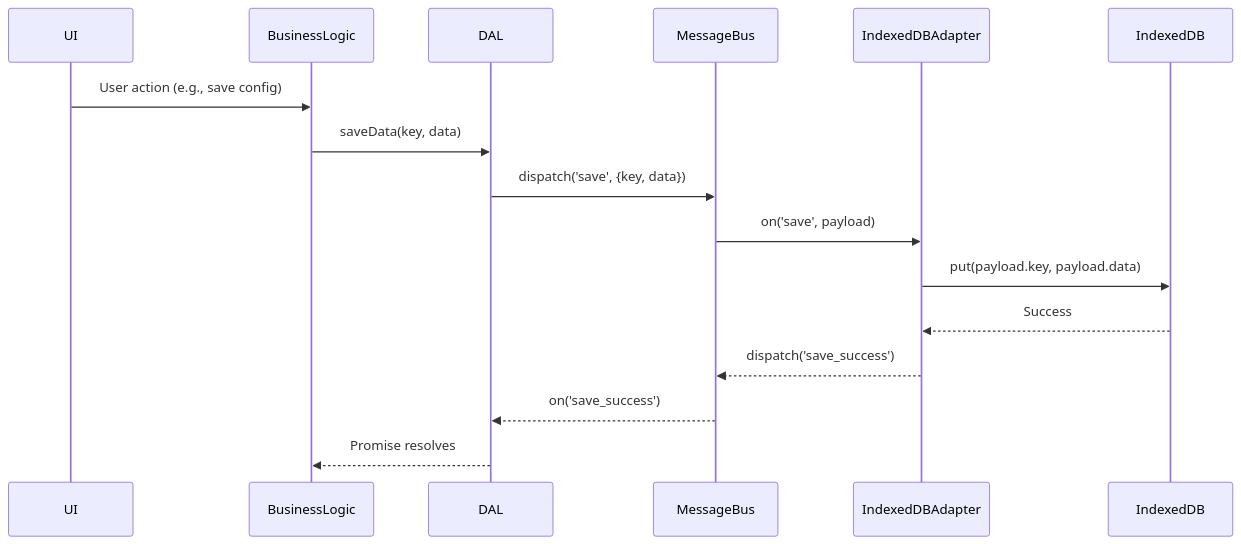
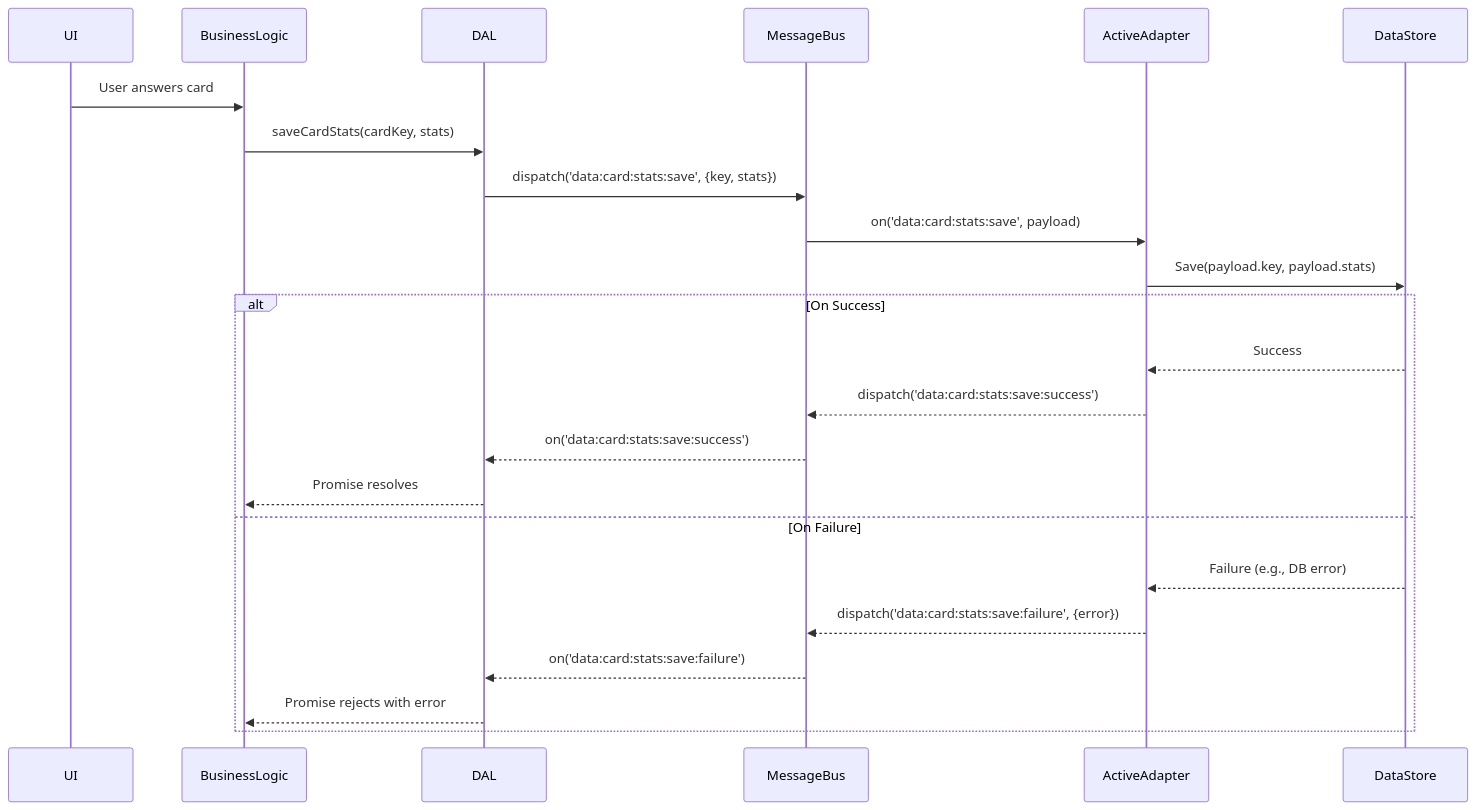
The second of 2 diagrams in DESIGN.md (rngadam/flashcards), drawn with Mermaid before and after one commit. The commit also changed other lines of this file, not shown here.

First line of the commit message:
docs: Update isomorphic architecture design based on feedback

````diff
--- a/DESIGN.md
+++ b/DESIGN.md
@@ -76,19 +84,26 @@
 ```mermaid
 sequenceDiagram
     participant UI
     participant BusinessLogic
     participant DAL
     participant MessageBus
-    participant IndexedDBAdapter
-    participant IndexedDB
+    participant ActiveAdapter
+    participant DataStore
 
-    UI->>BusinessLogic: User action (e.g., save config)
-    BusinessLogic->>DAL: saveData(key, data)
-    DAL->>MessageBus: dispatch('save', {key, data})
-    MessageBus->>IndexedDBAdapter: on('save', payload)
-    IndexedDBAdapter->>IndexedDB: put(payload.key, payload.data)
-    IndexedDB-->>IndexedDBAdapter: Success
-    IndexedDBAdapter-->>MessageBus: dispatch('save_success')
-    MessageBus-->>DAL: on('save_success')
-    DAL-->>BusinessLogic: Promise resolves
+    UI->>BusinessLogic: User answers card
+    BusinessLogic->>DAL: saveCardStats(cardKey, stats)
+    DAL->>MessageBus: dispatch('data:card:stats:save', {key, stats})
+    MessageBus->>ActiveAdapter: on('data:card:stats:save', payload)
+    ActiveAdapter->>DataStore: Save(payload.key, payload.stats)
+    alt On Success
+        DataStore-->>ActiveAdapter: Success
+        ActiveAdapter-->>MessageBus: dispatch('data:card:stats:save:success')
+        MessageBus-->>DAL: on('data:card:stats:save:success')
+        DAL-->>BusinessLogic: Promise resolves
+    else On Failure
+        DataStore-->>ActiveAdapter: Failure (e.g., DB error)
+        ActiveAdapter-->>MessageBus: dispatch('data:card:stats:save:failure', {error})
+        MessageBus-->>DAL: on('data:card:stats:save:failure')
+        DAL-->>BusinessLogic: Promise rejects with error
+    end
 ```
````
